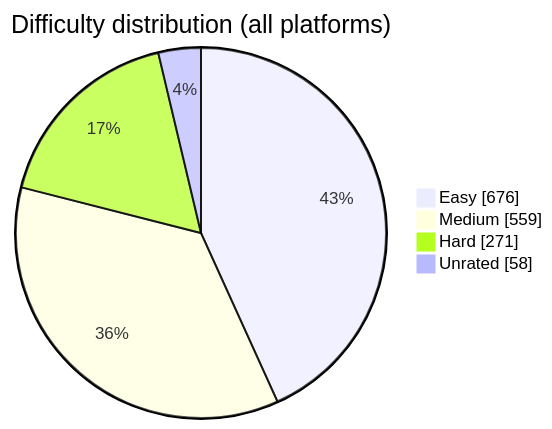
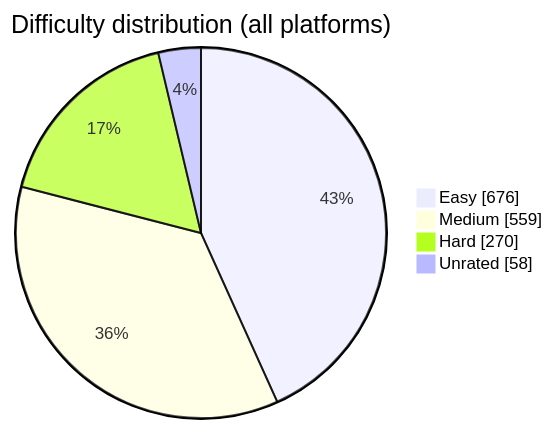
One commit to BuildbyArindam/Daily-Coding-Log changed the diagram in README.md. Above: the diagram before and after it, drawn with Mermaid. The commit also changed other lines of this file, not shown here.

````diff
--- a/README.md
+++ b/README.md
@@ -93,7 +93,7 @@
 ```mermaid
 pie showData title Difficulty distribution (all platforms)
     "Easy" : 676
     "Medium" : 559
-    "Hard" : 271
+    "Hard" : 270
     "Unrated" : 58
 ```
````
